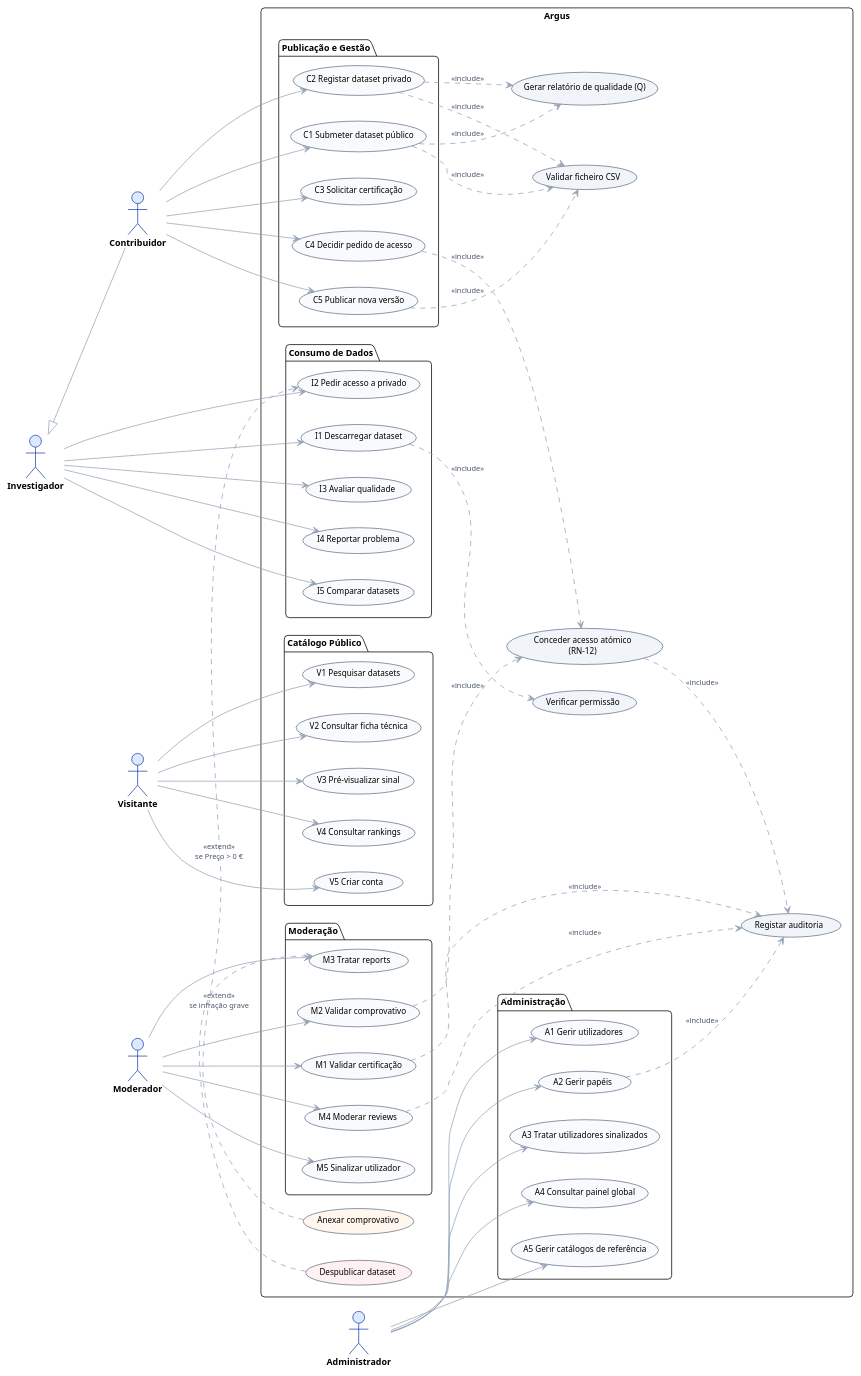
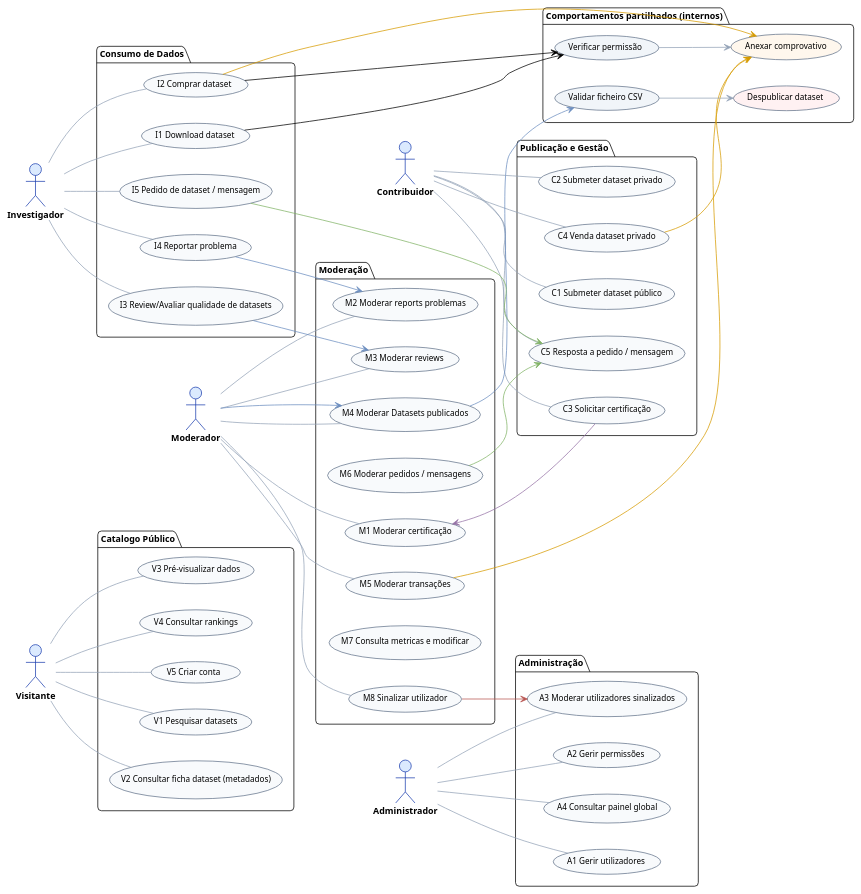
One commit to EnderDocs/Argus changed the diagram in docs/diagrams/use_cases.puml. Above: the diagram before and after it, drawn with PlantUML.

Commit message:
Atualizado o puml

```diff
--- a/docs/diagrams/use_cases.puml
+++ b/docs/diagrams/use_cases.puml
@@ -1,151 +1,168 @@
 @startuml Argus_Use_Cases
+' Cópia textual de use_cases.drawio (modelo base).
+' Nomes, identificadores, pacotes e relações reproduzem o ficheiro Drawio.
+
+' ============================================================
+' 1. CONFIGURAÇÃO VISUAL
+' ============================================================
 !theme plain
 skinparam backgroundColor #ffffff
 skinparam defaultFontName Segoe UI
 skinparam defaultFontSize 12
 skinparam shadowing false
 skinparam roundcorner 10
 
 skinparam actor {
     BorderColor #1e40af
     BackgroundColor #dbeafe
     FontStyle bold
 }
 
 skinparam usecase {
     BorderColor #64748b
     BackgroundColor #f8fafc
     FontSize 11
 }
 
 skinparam Arrow {
     Color #94a3b8
     FontColor #475569
     FontSize 10
 }
 
 left to right direction
 
-' ───────────────────────────────────────────
-' ATORES
-' ───────────────────────────────────────────
+' ============================================================
+' 2. ATORES
+' ============================================================
 actor "Visitante" as V
 actor "Investigador" as I
 actor "Contribuidor" as C
 actor "Moderador" as M
 actor "Administrador" as A
 
-' Contribuidor herda do Investigador
-C -up-|> I
+' ============================================================
+' 3. CASOS DE USO — pacotes do Drawio
+' ============================================================
+package "Catalogo Público" {
+    usecase "V1 Pesquisar datasets" as V1
+    usecase "V2 Consultar ficha dataset (metadados)" as V2
+    usecase "V3 Pré-visualizar dados" as V3
+    usecase "V4 Consultar rankings" as V4
+    usecase "V5 Criar conta" as V5
+}
 
-' ───────────────────────────────────────────
-' FRONTEIRA DO SISTEMA
-' ───────────────────────────────────────────
-rectangle "Argus" {
+package "Consumo de Dados" {
+    usecase "I1 Download dataset" as I1
+    usecase "I2 Comprar dataset" as I2
+    usecase "I3 Review/Avaliar qualidade de datasets" as I3
+    usecase "I4 Reportar problema" as I4
+    usecase "I5 Pedido de dataset / mensagem" as I5
+}
 
-    package "Catálogo Público" {
-        usecase "V1 Pesquisar datasets" as V1
-        usecase "V2 Consultar ficha técnica" as V2
-        usecase "V3 Pré-visualizar sinal" as V3
-        usecase "V4 Consultar rankings" as V4
-        usecase "V5 Criar conta" as V5
-    }
+package "Publicação e Gestão" {
+    usecase "C1 Submeter dataset público" as C1
+    usecase "C2 Submeter dataset privado" as C2
+    usecase "C3 Solicitar certificação" as C3
+    usecase "C4 Venda dataset privado" as C4
+    usecase "C5 Resposta a pedido / mensagem" as C5
+}
 
-    package "Consumo de Dados" {
-        usecase "I1 Descarregar dataset" as I1
-        usecase "I2 Pedir acesso a privado" as I2
-        usecase "I3 Avaliar qualidade" as I3
-        usecase "I4 Reportar problema" as I4
-        usecase "I5 Comparar datasets" as I5
-    }
+package "Moderação" {
+    usecase "M1 Moderar certificação" as M1
+    usecase "M2 Moderar reports problemas" as M2
+    usecase "M3 Moderar reviews" as M3
+    usecase "M4 Moderar Datasets publicados" as M4
+    usecase "M5 Moderar transações" as M5
+    usecase "M6 Moderar pedidos / mensagens" as M6
+    usecase "M7 Consulta metricas e modificar" as M7
+    usecase "M8 Sinalizar utilizador" as M8
+}
 
-    package "Publicação e Gestão" {
-        usecase "C1 Submeter dataset público" as C1
-        usecase "C2 Registar dataset privado" as C2
-        usecase "C3 Solicitar certificação" as C3
-        usecase "C4 Decidir pedido de acesso" as C4
-        usecase "C5 Publicar nova versão" as C5
-    }
+package "Administração" {
+    usecase "A1 Gerir utilizadores" as A1
+    usecase "A2 Gerir permissões" as A2
+    usecase "A3 Moderar utilizadores sinalizados" as A3
+    usecase "A4 Consultar painel global" as A4
+}
 
-    package "Moderação" {
-        usecase "M1 Validar certificação" as M1
-        usecase "M2 Validar comprovativo" as M2
-        usecase "M3 Tratar reports" as M3
-        usecase "M4 Moderar reviews" as M4
-        usecase "M5 Sinalizar utilizador" as M5
-    }
-
-    package "Administração" {
-        usecase "A1 Gerir utilizadores" as A1
-        usecase "A2 Gerir papéis" as A2
-        usecase "A3 Tratar utilizadores sinalizados" as A3
-        usecase "A4 Consultar painel global" as A4
-        usecase "A5 Gerir catálogos de referência" as A5
-    }
-
-    ' ── Comportamentos partilhados (internos) ──
+package "Comportamentos partilhados (internos)" {
     usecase "Validar ficheiro CSV" as SysCSV #f1f5f9
-    usecase "Gerar relatório de qualidade (Q)" as SysQ #f1f5f9
-    usecase "Conceder acesso atómico\n(RN-12)" as SysAccess #f1f5f9
     usecase "Verificar permissão" as SysPerm #f1f5f9
-    usecase "Registar auditoria" as SysAudit #f1f5f9
     usecase "Anexar comprovativo" as ExtProof #fff7ed
     usecase "Despublicar dataset" as ExtUnpublish #fff1f2
 }
 
-' ───────────────────────────────────────────
-' ASSOCIAÇÕES ATOR → CASO DE USO
-' ───────────────────────────────────────────
-V --> V1
-V --> V2
-V --> V3
-V --> V4
-V --> V5
+' ============================================================
+' 4. ASSOCIAÇÕES ATOR → CASO DE USO
+' ============================================================
+' Visitante
+V -- V1
+V -- V2
+V -- V3
+V -- V4
+V -- V5
 
-I --> I1
-I --> I2
-I --> I3
-I --> I4
-I --> I5
+' Investigador
+I -- I1
+I -- I2
+I -- I3
+I -- I4
+I -- I5
 
-C --> C1
-C --> C2
-C --> C3
-C --> C4
-C --> C5
+' Contribuidor
+C -- C1
+C -- C2
+C -- C3
+C -- C4
+C -- C5
 
-M --> M1
-M --> M2
-M --> M3
-M --> M4
-M --> M5
+' Moderador
+M -- M1
+M -- M2
+M -- M3
+M -- M4
+M -- M5
+M -- M8
 
-A --> A1
-A --> A2
-A --> A3
-A --> A4
-A --> A5
+' Administrador
+A -- A1
+A -- A2
+A -- A3
+A -- A4
 
-' ───────────────────────────────────────────
-' RELAÇÕES <<include>>
-' ───────────────────────────────────────────
-C1 ..> SysCSV       : <<include>>
-C1 ..> SysQ         : <<include>>
-C2 ..> SysCSV       : <<include>>
-C2 ..> SysQ         : <<include>>
-C5 ..> SysCSV       : <<include>>
-I1 ..> SysPerm      : <<include>>
-C4 ..> SysAccess    : <<include>>
-M2 ..> SysAccess    : <<include>>
-SysAccess ..> SysAudit : <<include>>
-M1 ..> SysAudit     : <<include>>
-M4 ..> SysAudit     : <<include>>
-A2 ..> SysAudit     : <<include>>
+' ============================================================
+' 5. RELAÇÕES INTERNAS
+' Direção e cores do Drawio. O Drawio não define estereótipos
+' UML; as setas são associações dirigidas.
+' ============================================================
+' 5.1 Moderação / revisão (azul)
+M  -[#6c8ebf]-> M4
+I3 -[#6c8ebf]-> M3
+I4 -[#6c8ebf]-> M2
+M4 -[#6c8ebf]-> SysCSV
 
-' ───────────────────────────────────────────
-' RELAÇÕES <<extend>> (condicionais)
-' ───────────────────────────────────────────
-ExtProof    .> I2 : <<extend>>\nse Preço > 0 €
-ExtUnpublish .> M3 : <<extend>>\nse infração grave
+' 5.2 Verificação de permissão (preto)
+I1 -[#000000]-> SysPerm
+I2 -[#000000]-> SysPerm
+
+' 5.3 Comprovativo de transação (laranja)
+I2 -[#d79b00]-> ExtProof
+C4 -[#d79b00]-> ExtProof
+M5 -[#d79b00]-> ExtProof
+
+' 5.4 Resposta a pedido / mensagem (verde)
+I5 -[#82b366]-> C5
+M6 -[#82b366]-> C5
+
+' 5.5 Certificação (roxo)
+C3 -[#9673a6]-> M1
+
+' 5.6 Sinalização para administração (vermelho)
+M8 -[#b85450]-> A3
+
+' 5.7 Despublicação e comprovativo (cinza)
+SysCSV -[#94a3b8]-> ExtUnpublish
+SysPerm -[#94a3b8]-> ExtProof
 
 @enduml
```
